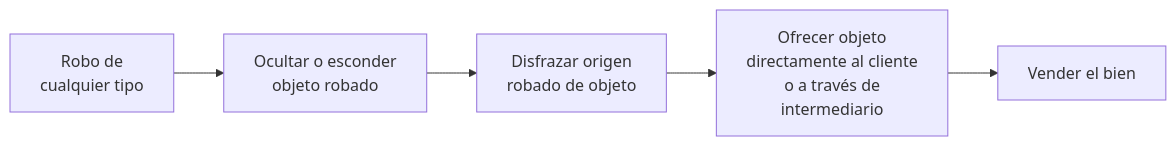
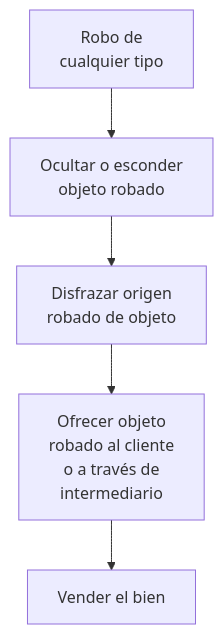
Before and after one commit to prestevez/centro-pop-hugo: the diagram in content/problemas-y-soluciones/bienes-robados/index.md, drawn with Mermaid.

Commit message:
tinkering with mermaid diagram

````diff
--- a/content/problemas-y-soluciones/bienes-robados/index.md
+++ b/content/problemas-y-soluciones/bienes-robados/index.md
@@ -94,8 +94,8 @@
 ```mermaid
-graph LR
+graph TB
 A[Robo de<br/>cualquier tipo] --> B[Ocultar o esconder<br/>objeto robado]
 B --> C[Disfrazar origen<br/>robado de objeto]
-C --> D[Ofrecer objeto<br/>directamente al cliente<br/>o a través de <br/>intermediario]
+C --> D[Ofrecer objeto<br/>robado al cliente<br/>o a través de <br/>intermediario]
 D --> E[Vender el bien]
 
 ```
````
